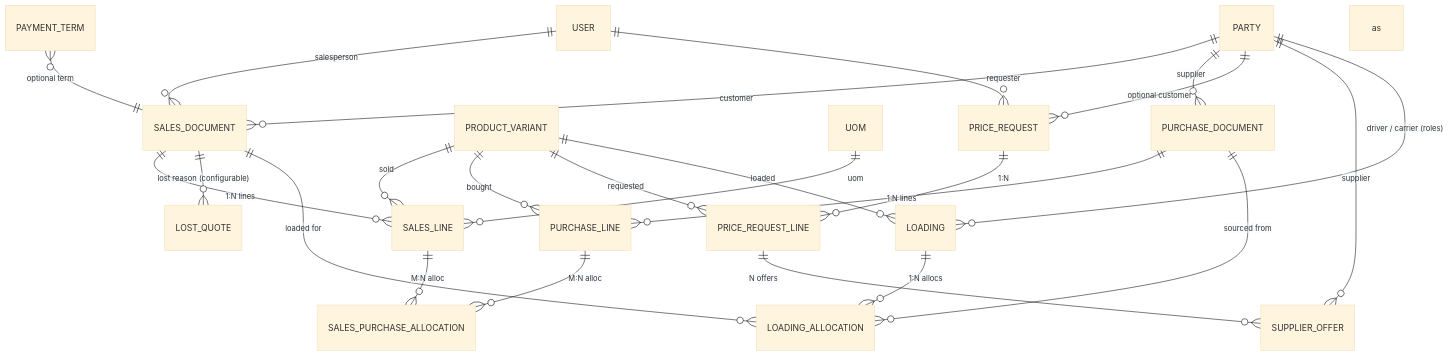
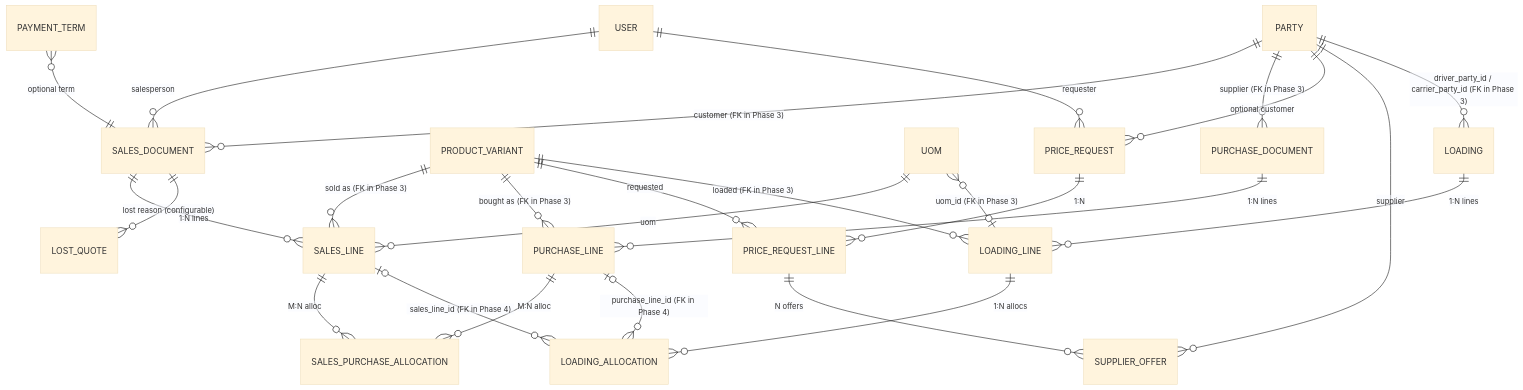
One commit to h08831n/tcerp2 changed the fourth of 8 diagrams in docs/02-erd.md. Above: the diagram before and after it, drawn with Mermaid (base theme). The commit also changed other lines of this file and 101 other files, not shown here.

````diff
--- a/docs/02-erd.md
+++ b/docs/02-erd.md
@@ -89,26 +129,28 @@
 ```mermaid
 erDiagram
-    PARTY ||--o{ SALES_DOCUMENT : "customer"
+    PARTY ||--o{ SALES_DOCUMENT : "customer (FK in Phase 3)"
     USER ||--o{ SALES_DOCUMENT : "salesperson"
     PAYMENT_TERM }o--|| SALES_DOCUMENT : "optional term"
     SALES_DOCUMENT ||--o{ SALES_LINE : "1:N lines"
-    PRODUCT_VARIANT ||--o{ SALES_LINE : sold as
+    PRODUCT_VARIANT ||--o{ SALES_LINE : "sold as (FK in Phase 3)"
     UOM ||--o{ SALES_LINE : uom
     SALES_DOCUMENT ||--o{ LOST_QUOTE : "lost reason (configurable)"
-    PARTY ||--o{ PURCHASE_DOCUMENT : "supplier"
+    PARTY ||--o{ PURCHASE_DOCUMENT : "supplier (FK in Phase 3)"
     PURCHASE_DOCUMENT ||--o{ PURCHASE_LINE : "1:N lines"
-    PRODUCT_VARIANT ||--o{ PURCHASE_LINE : bought as
+    PRODUCT_VARIANT ||--o{ PURCHASE_LINE : "bought as (FK in Phase 3)"
     SALES_LINE ||--o{ SALES_PURCHASE_ALLOCATION : "M:N alloc"
     PURCHASE_LINE ||--o{ SALES_PURCHASE_ALLOCATION : "M:N alloc"
     PARTY ||--o{ PRICE_REQUEST : "optional customer"
     USER ||--o{ PRICE_REQUEST : "requester"
     PRICE_REQUEST ||--o{ PRICE_REQUEST_LINE : "1:N"
     PRODUCT_VARIANT ||--o{ PRICE_REQUEST_LINE : requested
     PRICE_REQUEST_LINE ||--o{ SUPPLIER_OFFER : "N offers"
     PARTY ||--o{ SUPPLIER_OFFER : "supplier"
-    SALES_DOCUMENT ||--o{ LOADING_ALLOCATION : "loaded for"
-    PURCHASE_DOCUMENT ||--o{ LOADING_ALLOCATION : "sourced from"
-    LOADING ||--o{ LOADING_ALLOCATION : "1:N allocs"
-    PARTY ||--o{ LOADING : "driver / carrier (roles)"
-    PRODUCT_VARIANT ||--o{ LOADING : loaded
+    LOADING ||--o{ LOADING_LINE : "1:N lines"
+    PRODUCT_VARIANT ||--o{ LOADING_LINE : "loaded (FK in Phase 3)"
+    UOM }o--o| LOADING_LINE : "uom_id (FK in Phase 3)"
+    LOADING_LINE ||--o{ LOADING_ALLOCATION : "1:N allocs"
+    SALES_LINE |o--o{ LOADING_ALLOCATION : "sales_line_id (FK in Phase 4)"
+    PURCHASE_LINE |o--o{ LOADING_ALLOCATION : "purchase_line_id (FK in Phase 4)"
+    PARTY ||--o{ LOADING : "driver_party_id / carrier_party_id (FK in Phase 3)"
 ```
````
